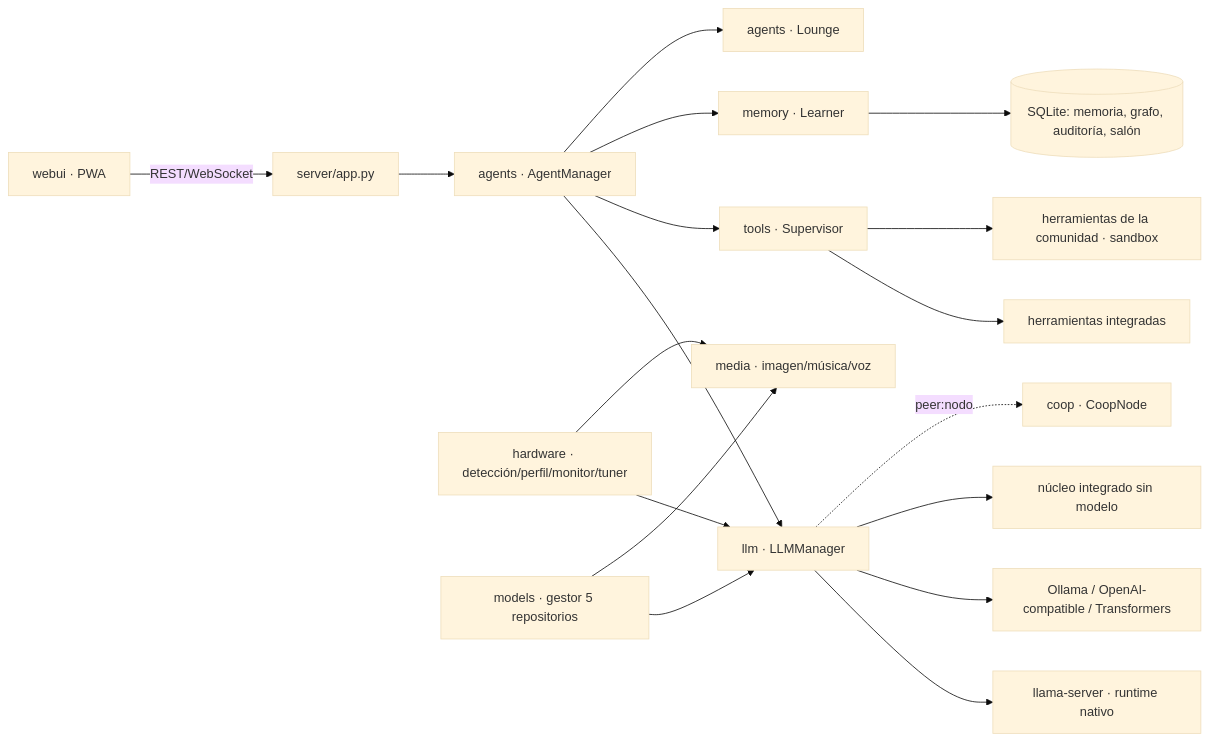
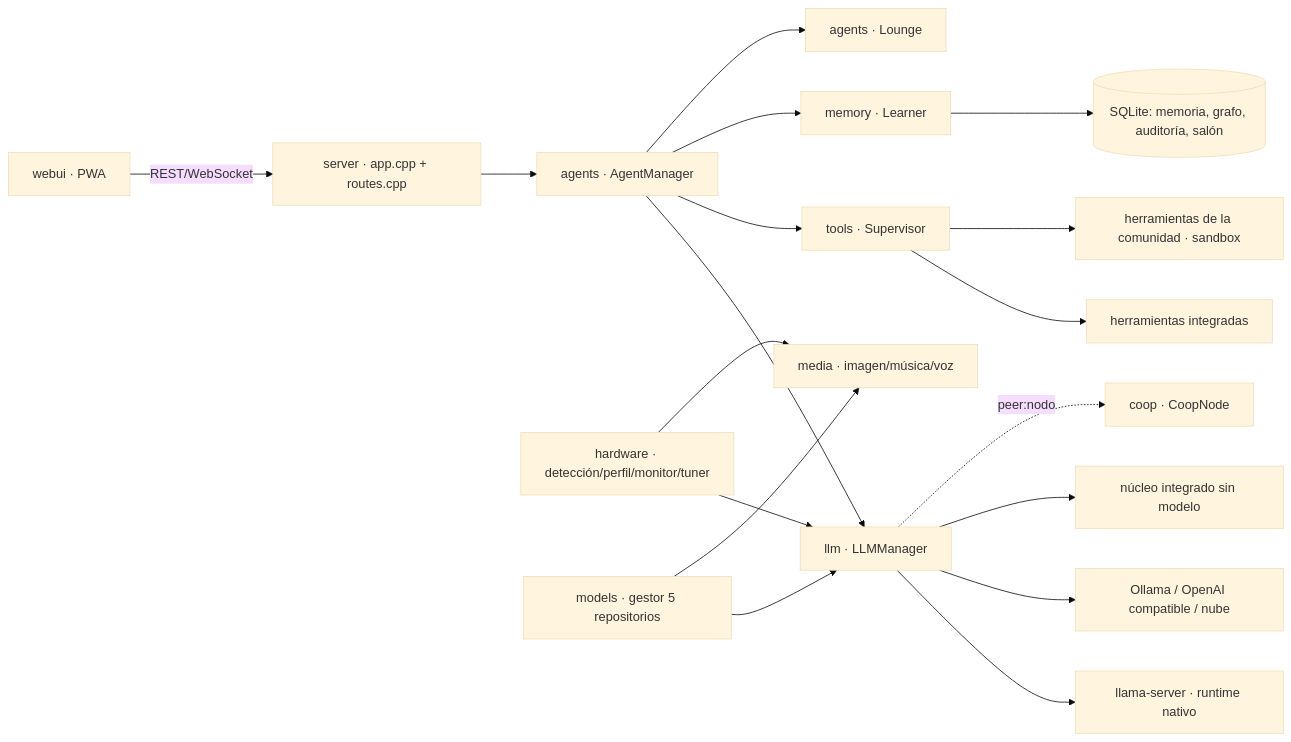
Before and after one commit to JosebaMuro/Nexus-AI: the diagram in nexus-office-cpp/docs/ARQUITECTURA.md, drawn with Mermaid (base theme). The commit also changed other lines of this file and 26 other files, not shown here.

````diff
--- a/nexus-office-cpp/docs/ARQUITECTURA.md
+++ b/nexus-office-cpp/docs/ARQUITECTURA.md
@@ -3,20 +3,20 @@
 ```mermaid
 flowchart LR
-  UI[webui · PWA] -- REST/WebSocket --> API[server/app.py]
+  UI[webui · PWA] -- REST/WebSocket --> API[server · app.cpp + routes.cpp]
   API --> AG[agents · AgentManager]
   AG --> LLM[llm · LLMManager]
   AG --> SUP[tools · Supervisor]
   AG --> LRN[memory · Learner]
   AG --> LNG[agents · Lounge]
   LLM --> LS[llama-server · runtime nativo]
-  LLM --> OL[Ollama / OpenAI-compatible / Transformers]
+  LLM --> OL[Ollama / OpenAI compatible / nube]
   LLM --> BI[núcleo integrado sin modelo]
   LLM -. peer:nodo .-> COOP[coop · CoopNode]
   SUP --> TB[herramientas integradas]
   SUP --> TC[herramientas de la comunidad · sandbox]
   LRN --> MEM[(SQLite: memoria, grafo, auditoría, salón)]
   HW[hardware · detección/perfil/monitor/tuner] --> LLM
   HW --> MED[media · imagen/música/voz]
   MM[models · gestor 5 repositorios] --> LLM
   MM --> MED
 ```
````
